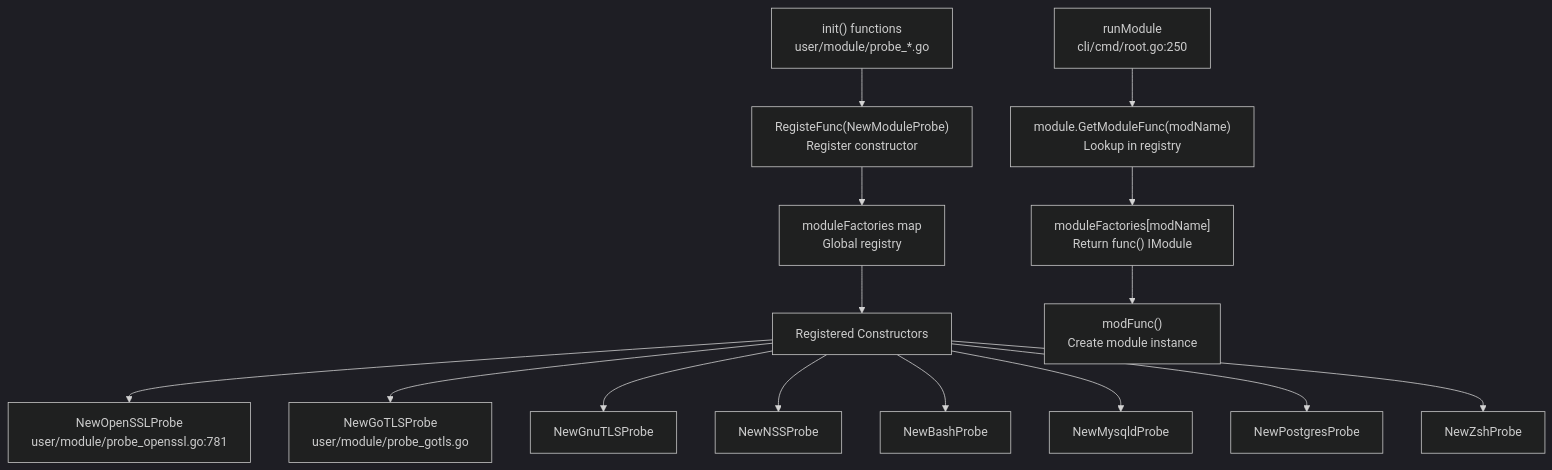
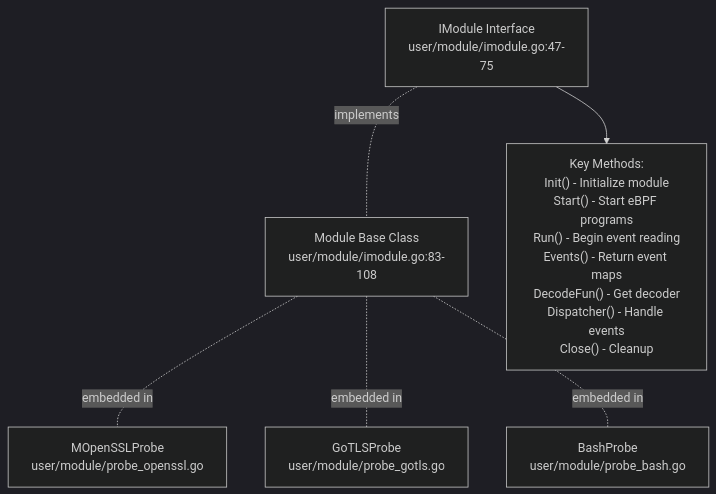
One commit to gojue/ecapture.cc changed the third of 7 diagrams in src/en/2-architecture/index.md. Above: the diagram before and after it, drawn with Mermaid (dark theme). The commit also changed other lines of this file and 115 other files, not shown here.

````diff
--- a/src/en/2-architecture/index.md
+++ b/src/en/2-architecture/index.md
@@ -320,23 +153,18 @@
 ```mermaid
 graph TB
-    InitFuncs["init() functions<br/>user/module/probe_*.go"] --> CallRegisteFunc["RegisteFunc(NewModuleProbe)<br/>Register constructor"]
+    IModule["IModule Interface<br/>user/module/imodule.go:47-75"]
+    Module["Module Base Class<br/>user/module/imodule.go:83-108"]
     
-    CallRegisteFunc --> ModuleFactories["moduleFactories map<br/>Global registry"]
+    OpenSSL["MOpenSSLProbe<br/>user/module/probe_openssl.go"]
+    GoTLS["GoTLSProbe<br/>user/module/probe_gotls.go"]
+    Bash["BashProbe<br/>user/module/probe_bash.go"]
     
-    ModuleFactories --> RegisteredModules["Registered Constructors"]
+    IModule -.implements.- Module
+    Module -.embedded in.- OpenSSL
+    Module -.embedded in.- GoTLS
+    Module -.embedded in.- Bash
     
-    RegisteredModules --> NewOpenSSLProbe["NewOpenSSLProbe<br/>user/module/probe_openssl.go:781"]
-    RegisteredModules --> NewGoTLSProbe["NewGoTLSProbe<br/>user/module/probe_gotls.go"]
-    RegisteredModules --> NewGnuTLSProbe["NewGnuTLSProbe"]
-    RegisteredModules --> NewNSSProbe["NewNSSProbe"]
-    RegisteredModules --> NewBashProbe["NewBashProbe"]
-    RegisteredModules --> NewMysqldProbe["NewMysqldProbe"]
-    RegisteredModules --> NewPostgresProbe["NewPostgresProbe"]
-    RegisteredModules --> NewZshProbe["NewZshProbe"]
+    Methods["Key Methods:<br/>Init() - Initialize module<br/>Start() - Start eBPF programs<br/>Run() - Begin event reading<br/>Events() - Return event maps<br/>DecodeFun() - Get decoder<br/>Dispatcher() - Handle events<br/>Close() - Cleanup"]
     
-    CLIRunModule["runModule<br/>cli/cmd/root.go:250"] --> GetModuleFunc["module.GetModuleFunc(modName)<br/>Lookup in registry"]
-    
-    GetModuleFunc --> RetrieveConstructor["moduleFactories[modName]<br/>Return func() IModule"]
-    
-    RetrieveConstructor --> CreateInstance["modFunc()<br/>Create module instance"]
+    IModule --> Methods
 ```
````
